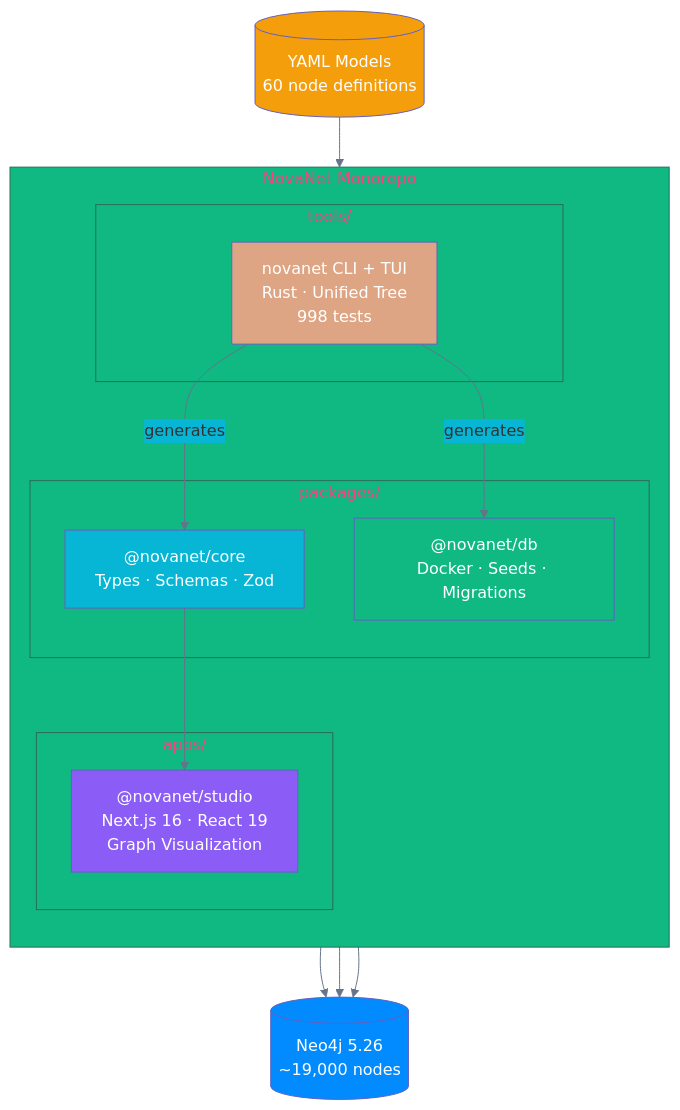
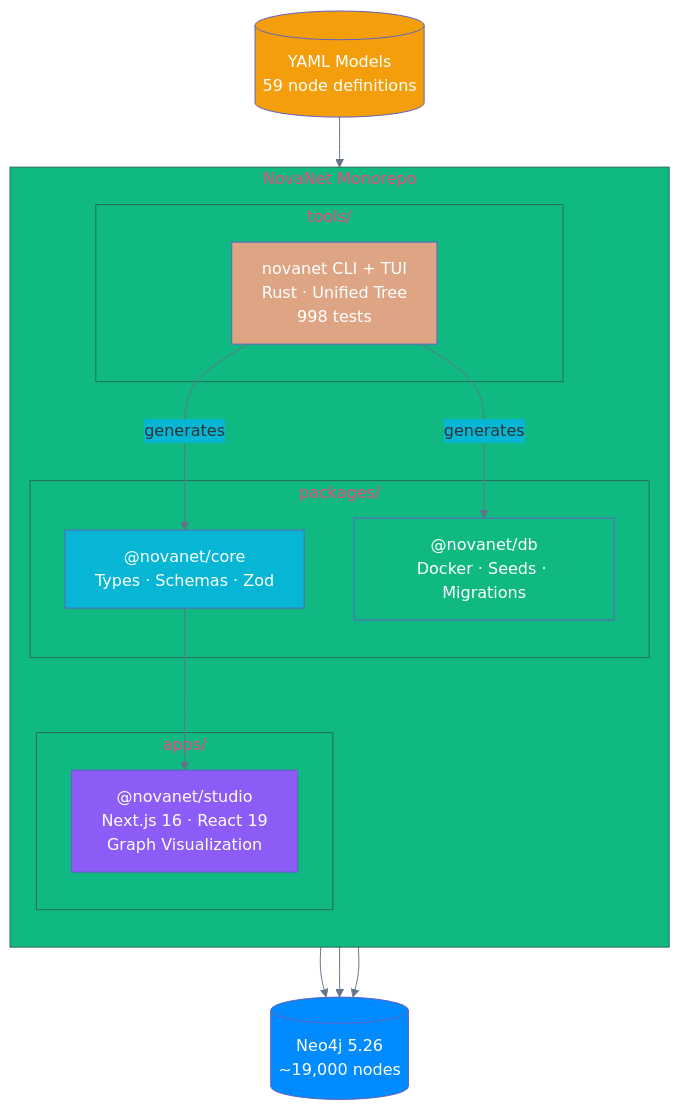
One commit to supernovae-st/novanet changed the first of 2 diagrams in docs/src/architecture/overview.md. Above: the diagram before and after it, drawn with Mermaid. The commit also changed 9 other files, not shown here.

````diff
--- a/docs/src/architecture/overview.md
+++ b/docs/src/architecture/overview.md
@@ -7,43 +7,43 @@
 ```mermaid
 %%{init: {'theme': 'base', 'themeVariables': {
   'primaryColor': '#6366f1',
   'secondaryColor': '#06b6d4',
   'tertiaryColor': '#10b981',
   'lineColor': '#64748b'
 }}}%%
 flowchart TB
     subgraph MONO["NovaNet Monorepo"]
         direction TB
 
         subgraph PACKAGES["packages/"]
             CORE["@novanet/core\nTypes · Schemas · Zod"]
             DB["@novanet/db\nDocker · Seeds · Migrations"]
         end
 
         subgraph APPS["apps/"]
             STUDIO["@novanet/studio\nNext.js 16 · React 19\nGraph Visualization"]
         end
 
         subgraph TOOLS["tools/"]
             RUST["novanet CLI + TUI\nRust · Unified Tree\n998 tests"]
         end
     end
 
-    YAML[("YAML Models\n60 node definitions")]
+    YAML[("YAML Models\n59 node definitions")]
     NEO4J[("Neo4j 5.26\n~19,000 nodes")]
 
     YAML --> RUST
     RUST -->|generates| CORE
     RUST -->|generates| DB
     CORE --> STUDIO
     DB --> NEO4J
     STUDIO --> NEO4J
     RUST --> NEO4J
 
     style CORE fill:#06b6d4,color:#fff
     style DB fill:#10b981,color:#fff
     style STUDIO fill:#8b5cf6,color:#fff
     style RUST fill:#DEA584,color:#fff
     style NEO4J fill:#018bff,color:#fff
     style YAML fill:#f59e0b,color:#fff
 ```
````
